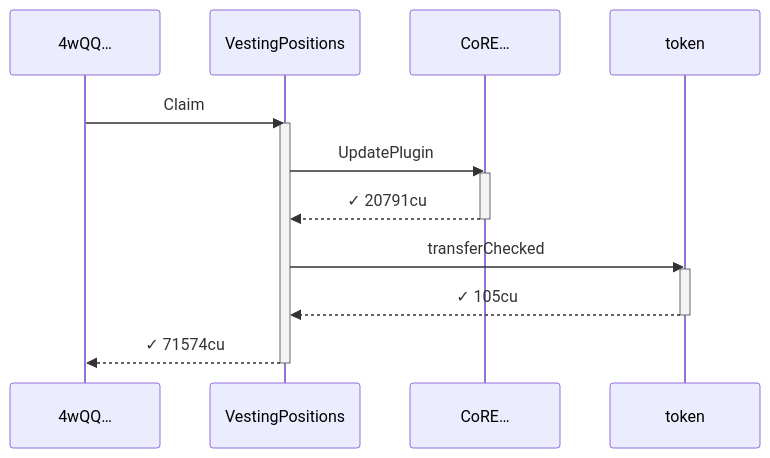
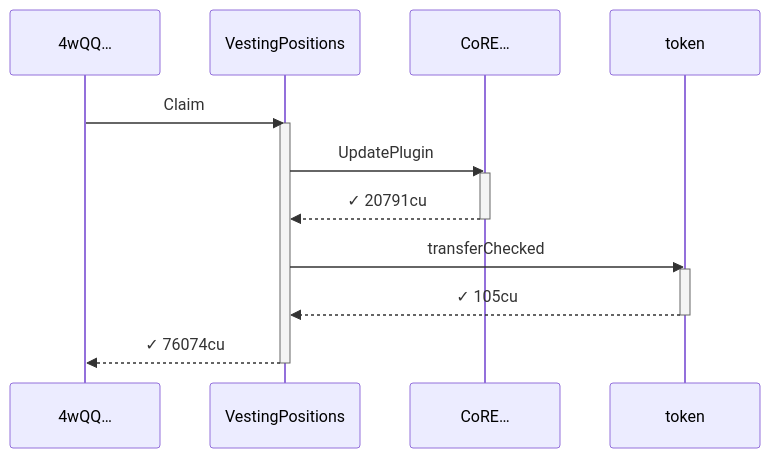
One commit to cds-turbin3/vesting-position changed the tenth of 48 diagrams in md-reports-babelfish/claims_at_linear_checkpoints.md. Above: the diagram before and after it, drawn with Mermaid. The commit also changed other lines of this file and 106 other files, not shown here.

````diff
--- a/md-reports-babelfish/claims_at_linear_checkpoints.md
+++ b/md-reports-babelfish/claims_at_linear_checkpoints.md
@@ -512,19 +526,19 @@
 ```mermaid
 sequenceDiagram
     participant p0 as 4wQQ…
     participant p1 as VestingPositions
     participant p2 as CoRE…
     participant p3 as token
     p0->>p1: Claim
     activate p1
     p1->>p2: UpdatePlugin
     activate p2
     p2-->>p1: ✓ 20791cu
     deactivate p2
     p1->>p3: transferChecked
     activate p3
     p3-->>p1: ✓ 105cu
     deactivate p3
-    p1-->>p0: ✓ 71574cu
+    p1-->>p0: ✓ 76074cu
     deactivate p1
 ```
````
